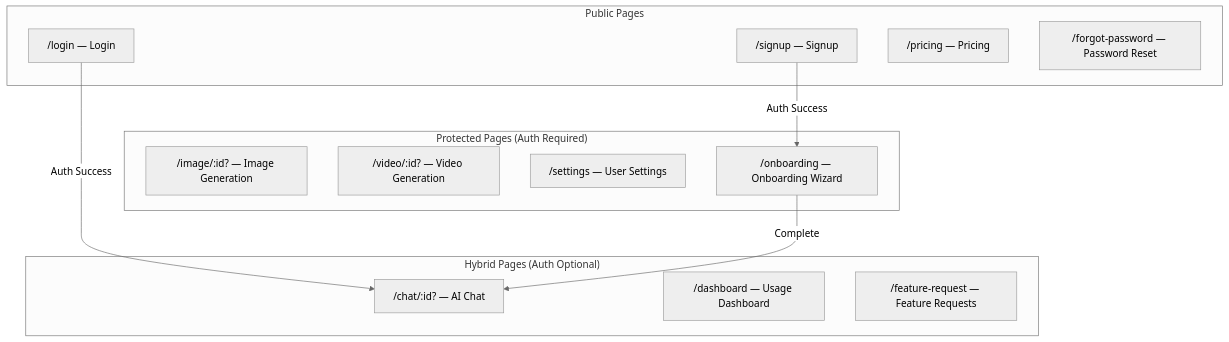
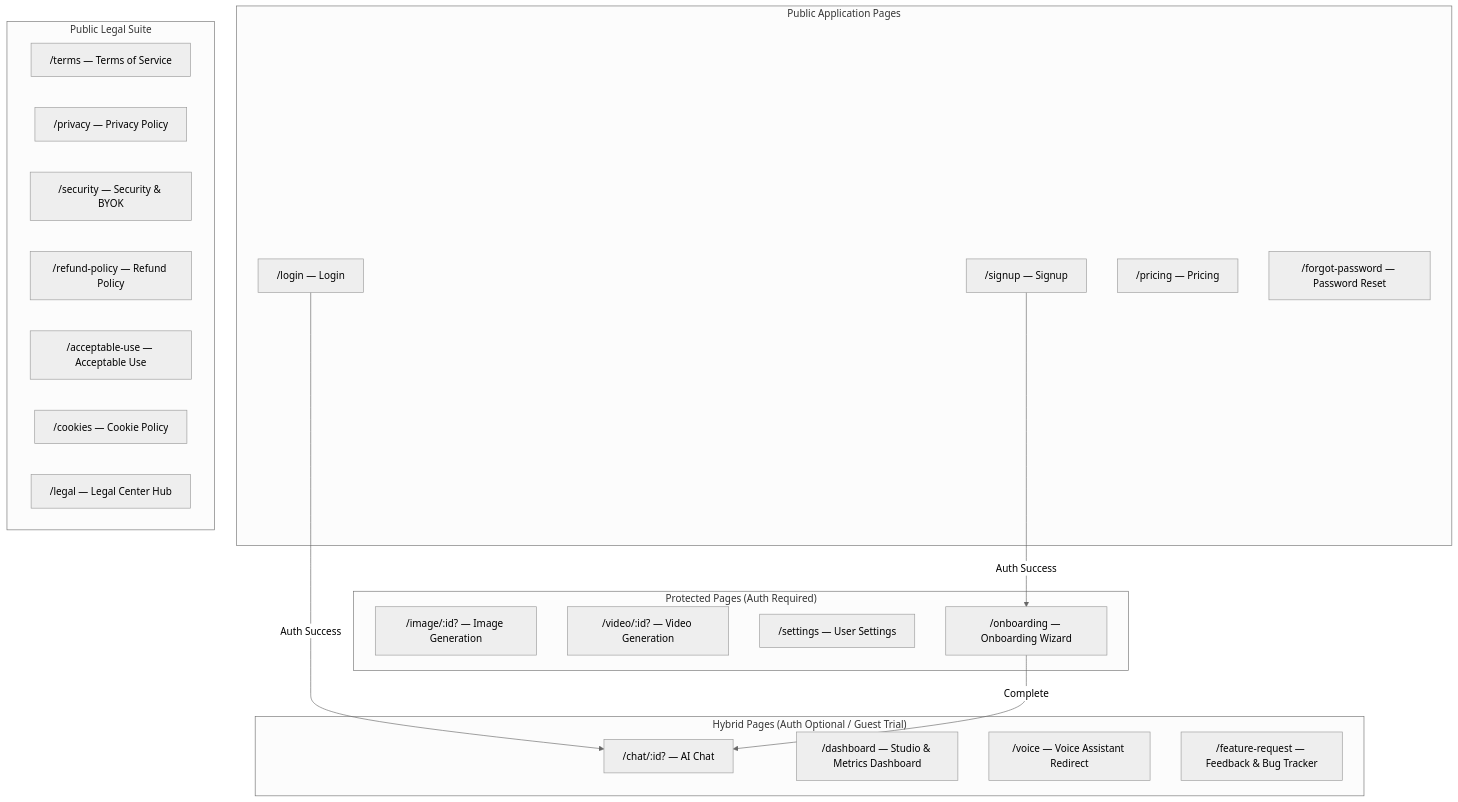
Before and after one commit to sree-ai-assistant/sree.ai: the first of 2 diagrams in project-context/06-features-and-pages.md, drawn with Mermaid (neutral theme). The commit also changed other lines of this file and 9 other files, not shown here.

````diff
--- a/project-context/06-features-and-pages.md
+++ b/project-context/06-features-and-pages.md
@@ -5,26 +5,37 @@
 ```mermaid
 graph TD
-    subgraph "Public Pages"
+    subgraph "Public Application Pages"
         Login["/login — Login"]
         Signup["/signup — Signup"]
         Pricing["/pricing — Pricing"]
         ForgotPW["/forgot-password — Password Reset"]
     end
 
-    subgraph "Hybrid Pages (Auth Optional)"
+    subgraph "Public Legal Suite"
+        Terms["/terms — Terms of Service"]
+        Privacy["/privacy — Privacy Policy"]
+        Security["/security — Security & BYOK"]
+        Refund["/refund-policy — Refund Policy"]
+        AUP["/acceptable-use — Acceptable Use"]
+        Cookies["/cookies — Cookie Policy"]
+        Legal["/legal — Legal Center Hub"]
+    end
+
+    subgraph "Hybrid Pages (Auth Optional / Guest Trial)"
         Chat["/chat/:id? — AI Chat"]
-        Dashboard["/dashboard — Usage Dashboard"]
-        FeatureReq["/feature-request — Feature Requests"]
+        Dashboard["/dashboard — Studio & Metrics Dashboard"]
+        Voice["/voice — Voice Assistant Redirect"]
+        FeatureReq["/feature-request — Feedback & Bug Tracker"]
     end
 
     subgraph "Protected Pages (Auth Required)"
         Image["/image/:id? — Image Generation"]
         Video["/video/:id? — Video Generation"]
         Settings["/settings — User Settings"]
         Onboarding["/onboarding — Onboarding Wizard"]
     end
 
     Login -->|"Auth Success"| Chat
     Signup -->|"Auth Success"| Onboarding
     Onboarding -->|"Complete"| Chat
 ```
````
